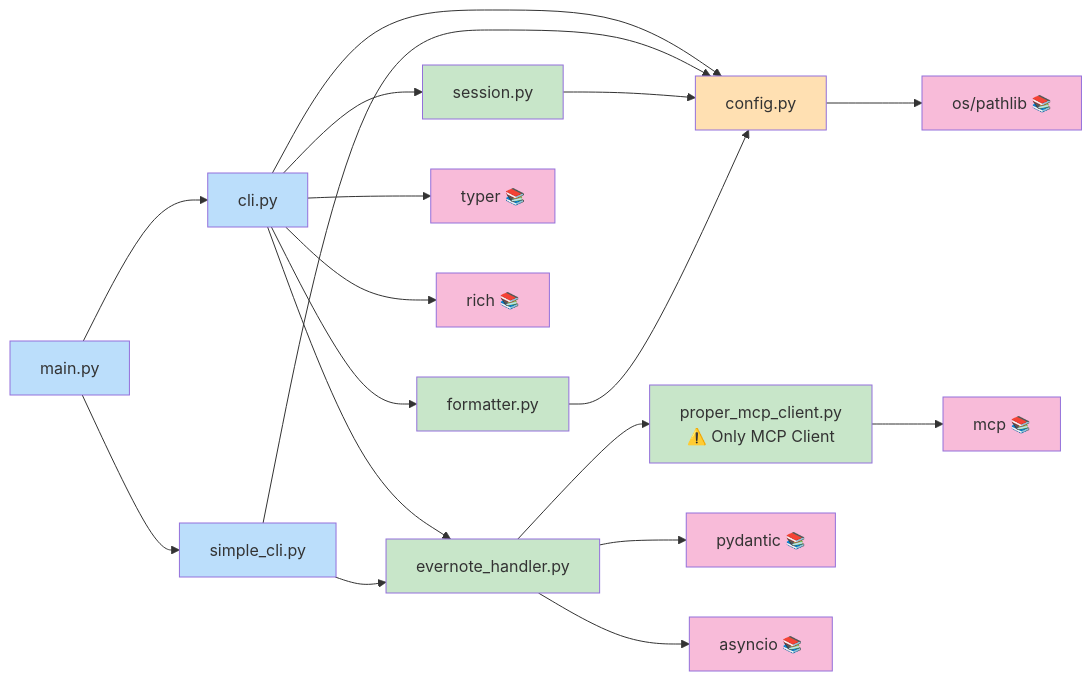
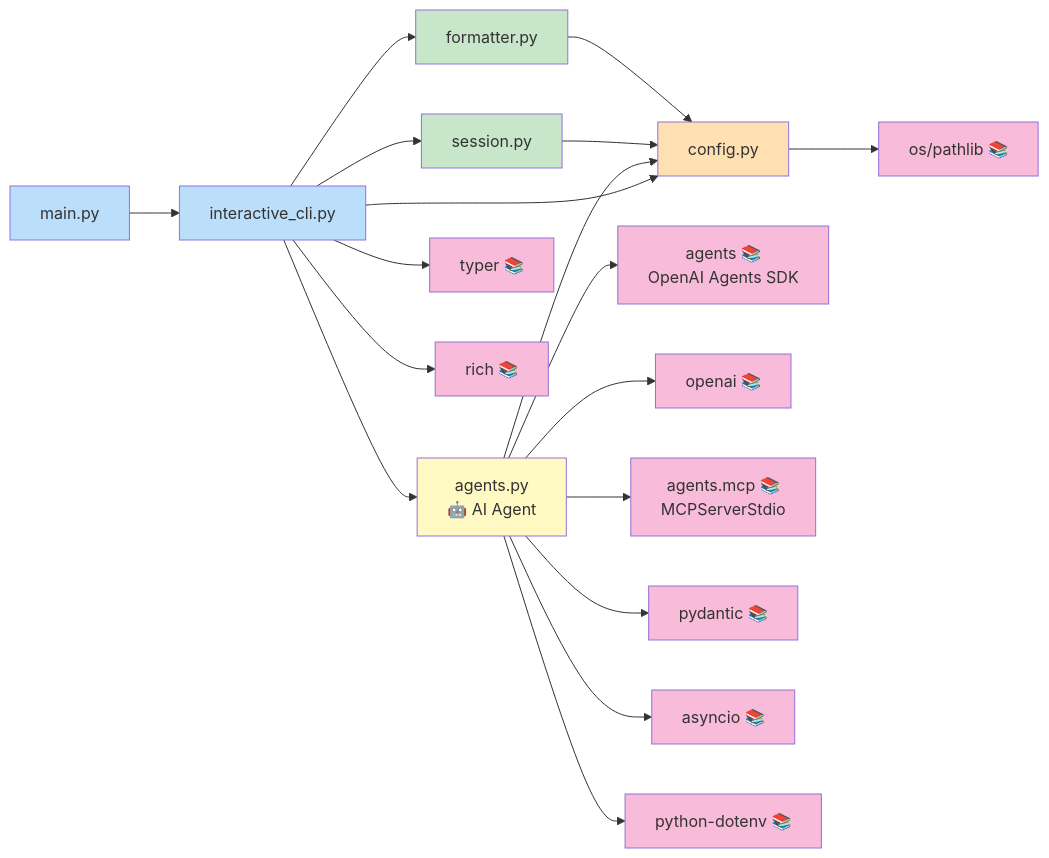
The fourth of 6 diagrams in experiments/mcp-evernote-cc/ARCHITECTURE.md (BittnerPierre/AI-Agent-Casebook), drawn with Mermaid before and after one commit. The commit also changed other lines of this file and 9 other files, not shown here.

First line of the commit message:
feat: Migrate Evernote chatbot to AI agent architecture with OpenAI Agents SDK

````diff
--- a/experiments/mcp-evernote-cc/ARCHITECTURE.md
+++ b/experiments/mcp-evernote-cc/ARCHITECTURE.md
@@ -162,43 +175,44 @@
 ```mermaid
 graph LR
     %% Core Modules
-    Main[main.py] --> CLI[cli.py]
-    Main --> SimpleCLI[simple_cli.py]
+    Main[main.py] --> InteractiveCLI[interactive_cli.py]
 
     %% CLI Dependencies
-    CLI --> Session[session.py]
-    CLI --> Formatter[formatter.py]
-    CLI --> Handler[evernote_handler.py]
-    CLI --> Config[config.py]
+    InteractiveCLI --> Session[session.py]
+    InteractiveCLI --> Formatter[formatter.py]
+    InteractiveCLI --> AgentsModule[agents.py<br/>🤖 AI Agent]
+    InteractiveCLI --> Config[config.py]
 
-    SimpleCLI --> Handler
-    SimpleCLI --> Config
-
-    %% Handler Dependencies
-    Handler --> MCPClient[proper_mcp_client.py<br/>⚠️ Only MCP Client]
+    %% Agents Module Dependencies
+    AgentsModule --> AgentsSDK[agents 📚<br/>OpenAI Agents SDK]
+    AgentsModule --> OpenAI[openai 📚]
+    AgentsModule --> MCPIntegration[agents.mcp 📚<br/>MCPServerStdio]
+    AgentsModule --> Config
 
     %% Session Dependencies
     Session --> Config
 
     %% Formatter Dependencies
     Formatter --> Config
 
     %% External Libraries
-    CLI --> Typer[typer 📚]
-    CLI --> Rich[rich 📚]
-    Handler --> Pydantic[pydantic 📚]
-    Handler --> AsyncIO[asyncio 📚]
-    MCPClient --> MCPLibrary[mcp 📚]
+    InteractiveCLI --> Typer[typer 📚]
+    InteractiveCLI --> Rich[rich 📚]
+    AgentsModule --> Pydantic[pydantic 📚]
+    AgentsModule --> AsyncIO[asyncio 📚]
+    AgentsModule --> DotEnv[python-dotenv 📚]
     Config --> OS[os/pathlib 📚]
 
     %% Styling
     classDef coreModule fill:#bbdefb
+    classDef agentModule fill:#fff9c4
     classDef businessModule fill:#c8e6c9
     classDef utilityModule fill:#ffe0b2
     classDef externalLib fill:#f8bbd9
 
-    class Main,CLI,SimpleCLI coreModule
-    class Handler,Session,Formatter,MCPClient businessModule
+    class Main,InteractiveCLI coreModule
+    class AgentsModule agentModule
+    class Session,Formatter businessModule
     class Config utilityModule
-    class Typer,Rich,Pydantic,AsyncIO,MCPLibrary,OS externalLib
+    class Typer,Rich,Pydantic,AsyncIO,AgentsSDK,OpenAI,MCPIntegration,DotEnv,OS externalLib
 ```
````
